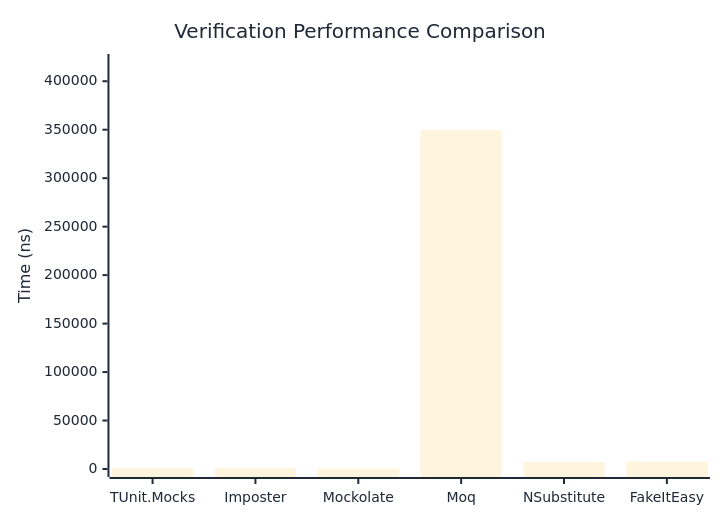
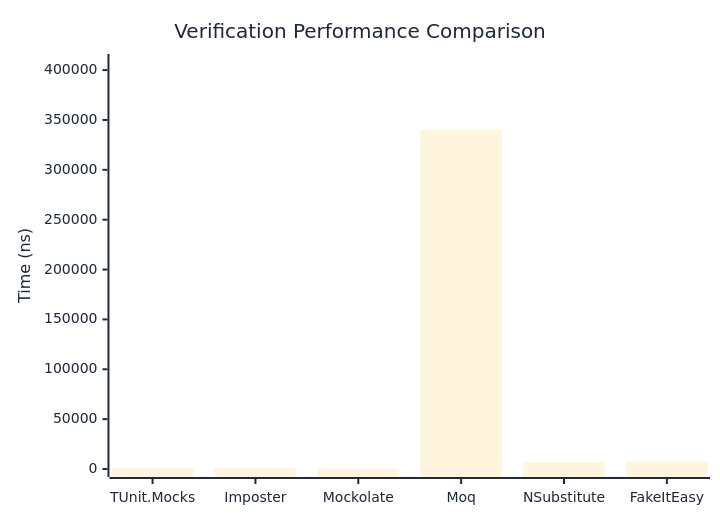
One commit to thomhurst/TUnit changed the first of 3 diagrams in docs/docs/benchmarks/mocks/Verification.md. Above: the diagram before and after it, drawn with Mermaid. The commit also changed other lines of this file and 14 other files, not shown here.

````diff
--- a/docs/docs/benchmarks/mocks/Verification.md
+++ b/docs/docs/benchmarks/mocks/Verification.md
@@ -30,27 +30,27 @@
 ```mermaid
 %%{init: {
   'theme':'base',
   'themeVariables': {
     'primaryColor': '#2563eb',
     'primaryTextColor': '#1f2937',
     'primaryBorderColor': '#1e40af',
     'lineColor': '#6b7280',
     'secondaryColor': '#7c3aed',
     'tertiaryColor': '#dc2626',
     'background': '#ffffff',
     'pie1': '#2563eb',
     'pie2': '#7c3aed',
     'pie3': '#dc2626',
     'pie4': '#f59e0b',
     'pie5': '#10b981',
     'pie6': '#06b6d4',
     'pie7': '#ec4899',
     'pie8': '#6366f1'
   }
 }}%%
 xychart-beta
   title "Verification Performance Comparison"
   x-axis ["TUnit.Mocks", "Imposter", "Mockolate", "Moq", "NSubstitute", "FakeItEasy"]
-  y-axis "Time (ns)" 0 --> 419840
-  bar [748.85, 728.72, 418.1, 349866.5, 7085.63, 7712.31]
+  y-axis "Time (ns)" 0 --> 408124
+  bar [691.68, 682.23, 399.46, 340102.89, 6792.81, 7257.17]
 ```
````
